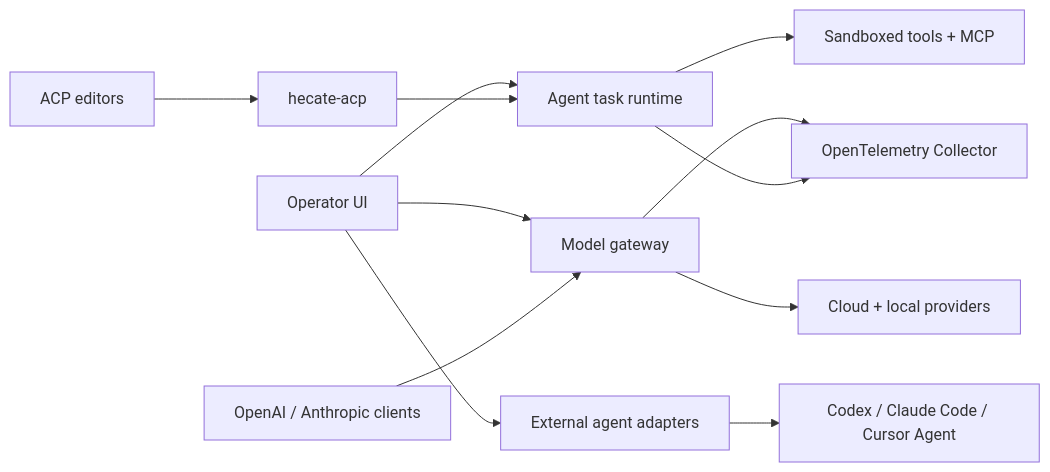
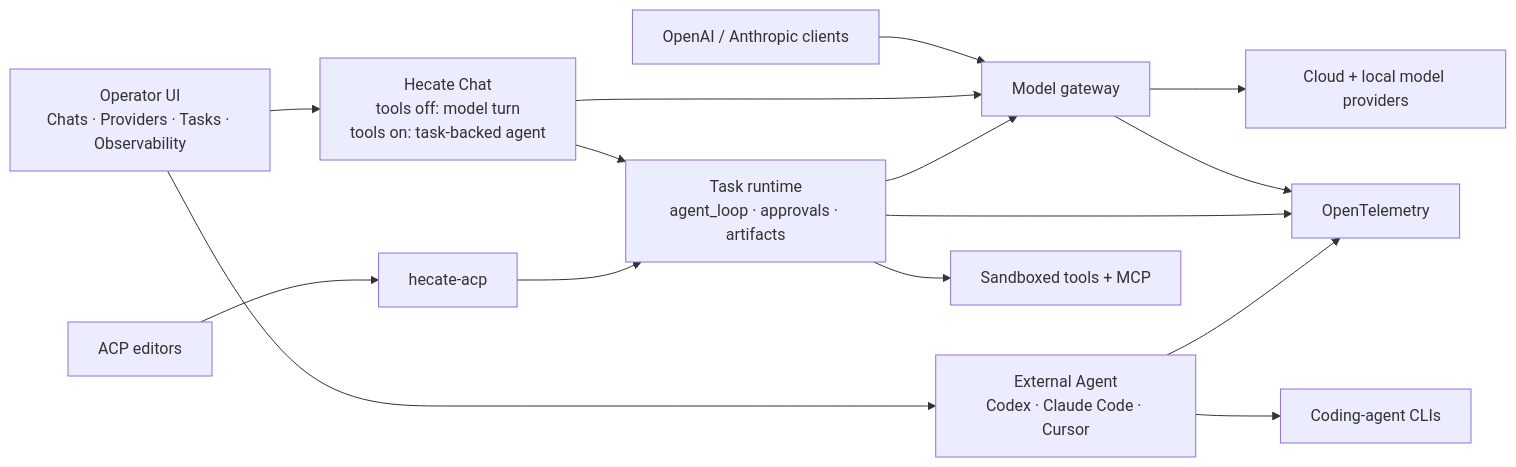
Before and after one commit to hecatehq/hecate: the diagram in README.md, drawn with Mermaid. The commit also changed other lines of this file and 11 other files, not shown here.

````diff
--- a/README.md
+++ b/README.md
@@ -114,24 +115,30 @@
 ```mermaid
 flowchart LR
-    Console["Operator UI"]
-    APIClients["OpenAI / Anthropic clients"]
+    UI["Operator UI<br/>Chats · Providers · Tasks · Observability"]
+    Clients["OpenAI / Anthropic clients"]
     Editors["ACP editors"]
 
+    Chat["Hecate Chat<br/>tools off: model turn<br/>tools on: task-backed agent"]
     Gateway["Model gateway"]
-    AgentAdapters["External agent adapters"]
-    Runtime["Agent task runtime"]
+    Runtime["Task runtime<br/>agent_loop · approvals · artifacts"]
+    External["External Agent<br/>Codex · Claude Code · Cursor"]
     ACP["hecate-acp"]
 
-    Console --> Gateway
-    Console --> AgentAdapters
-    Console --> Runtime
-    APIClients --> Gateway
+    UI --> Chat
+    UI --> External
+    Clients --> Gateway
     Editors --> ACP
+
+    Chat --> Gateway
+    Chat --> Runtime
     ACP --> Runtime
+    External --> AgentCLIs["Coding-agent CLIs"]
 
-    Gateway --> Providers["Cloud + local providers"]
-    AgentAdapters --> Agents["Codex / Claude Code / Cursor Agent"]
+    Runtime --> Gateway
+    Gateway --> Providers["Cloud + local model providers"]
     Runtime --> Tools["Sandboxed tools + MCP"]
-    Gateway --> OTel["OpenTelemetry Collector"]
+
+    Gateway --> OTel["OpenTelemetry"]
     Runtime --> OTel
+    External --> OTel
 ```
````
